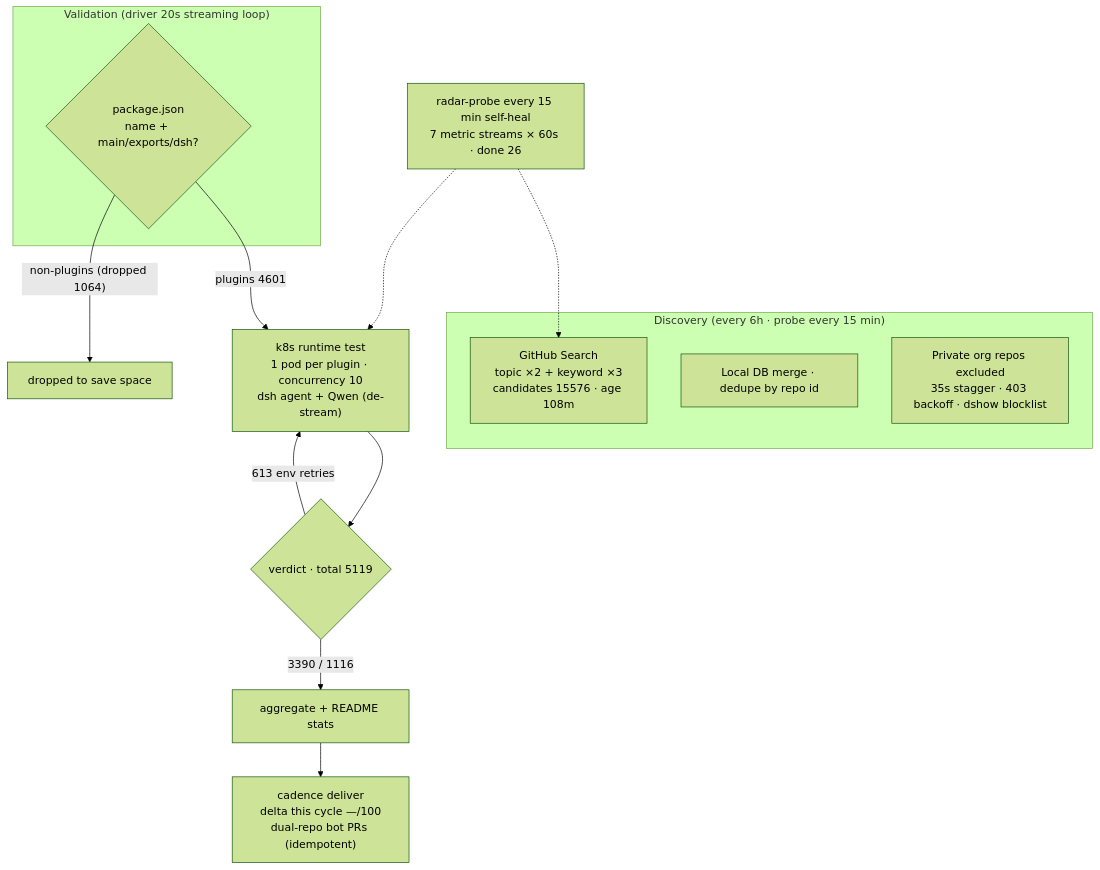
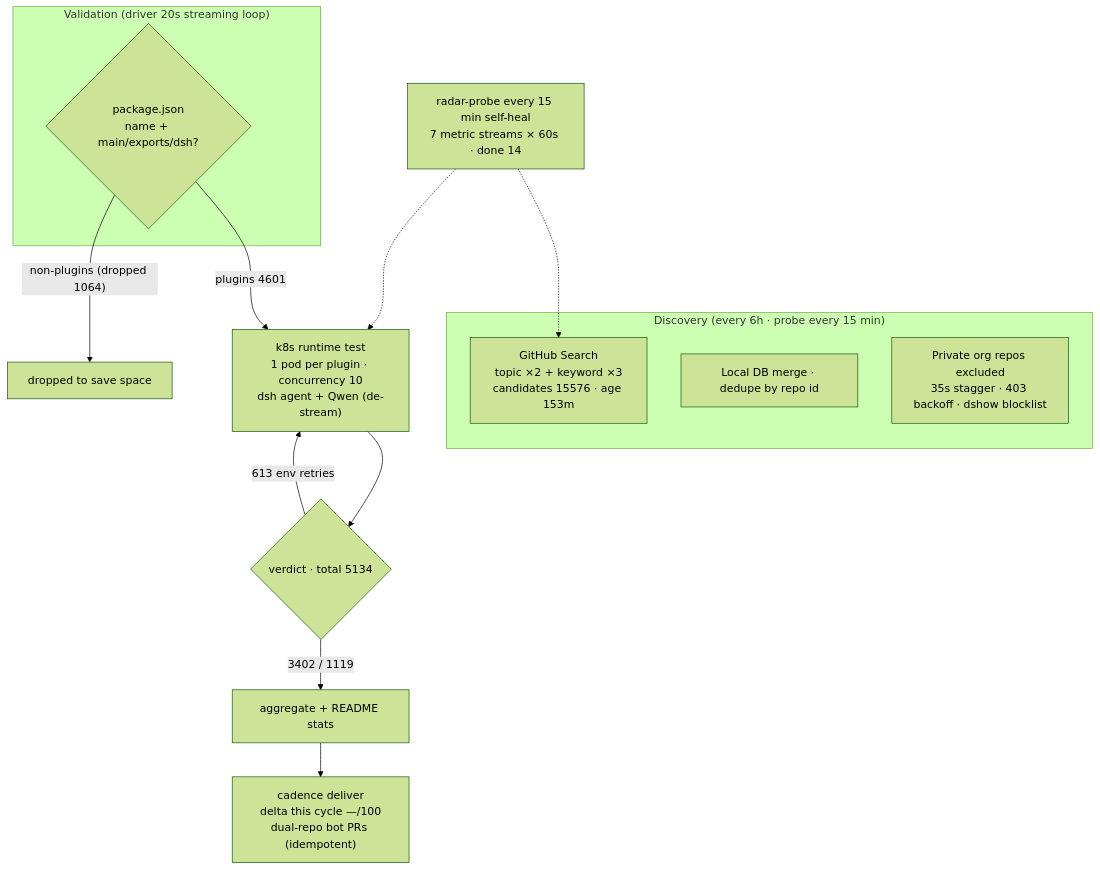
The diagram in README.en-US.md (AdamPlatin123/awesome-dsh-plugins), drawn with Mermaid (forest theme) before and after one commit. The commit also changed other lines of this file and 5 other files, not shown here.

````diff
--- a/README.en-US.md
+++ b/README.en-US.md
@@ -30,20 +30,20 @@
 ```mermaid
 flowchart TB
     subgraph Discovery["Discovery (every 6h · probe every 15 min)"]
-        A1["GitHub Search<br/>topic ×2 + keyword ×3<br/>candidates 15576 · age 108m"]
+        A1["GitHub Search<br/>topic ×2 + keyword ×3<br/>candidates 15576 · age 153m"]
         A2["Local DB merge · dedupe by repo id"]
         A3["Private org repos excluded<br/>35s stagger · 403 backoff · dshow blocklist"]
     end
     subgraph Validation["Validation (driver 20s streaming loop)"]
         B1{"package.json<br/>name + main/exports/dsh?"}
     end
     B1 -->|"plugins 4601"| C1["k8s runtime test<br/>1 pod per plugin · concurrency 10<br/>dsh agent + Qwen (de-stream)"]
     B1 -->|"non-plugins (dropped 1064)"| B3["dropped to save space"]
-    C1 --> D1{"verdict · total 5119"}
-    D1 -->|"3390 / 1116"| E1["aggregate + README stats"]
+    C1 --> D1{"verdict · total 5134"}
+    D1 -->|"3402 / 1119"| E1["aggregate + README stats"]
     D1 -->|"613 env retries"| C1
     E1 --> E2["cadence deliver<br/>delta this cycle —/100<br/>dual-repo bot PRs (idempotent)"]
-    M["radar-probe every 15 min self-heal<br/>7 metric streams × 60s · done 26"]
+    M["radar-probe every 15 min self-heal<br/>7 metric streams × 60s · done 14"]
     M -.-> A1
     M -.-> C1
 ```
````
